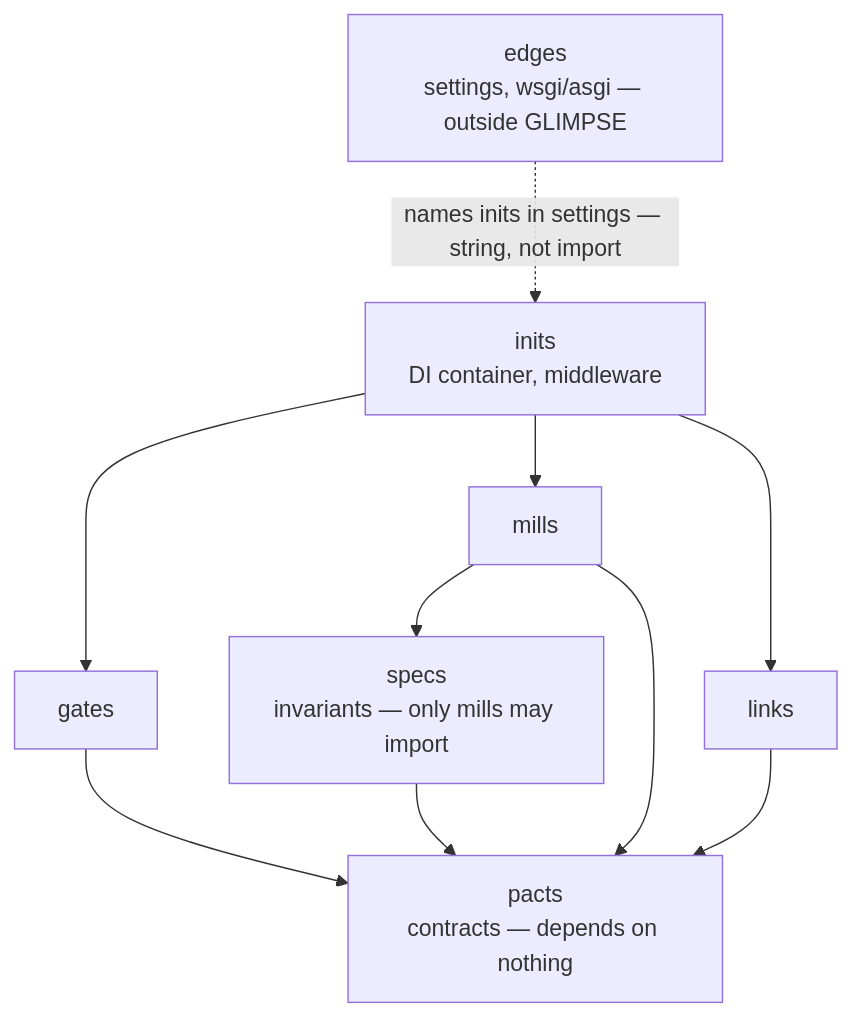
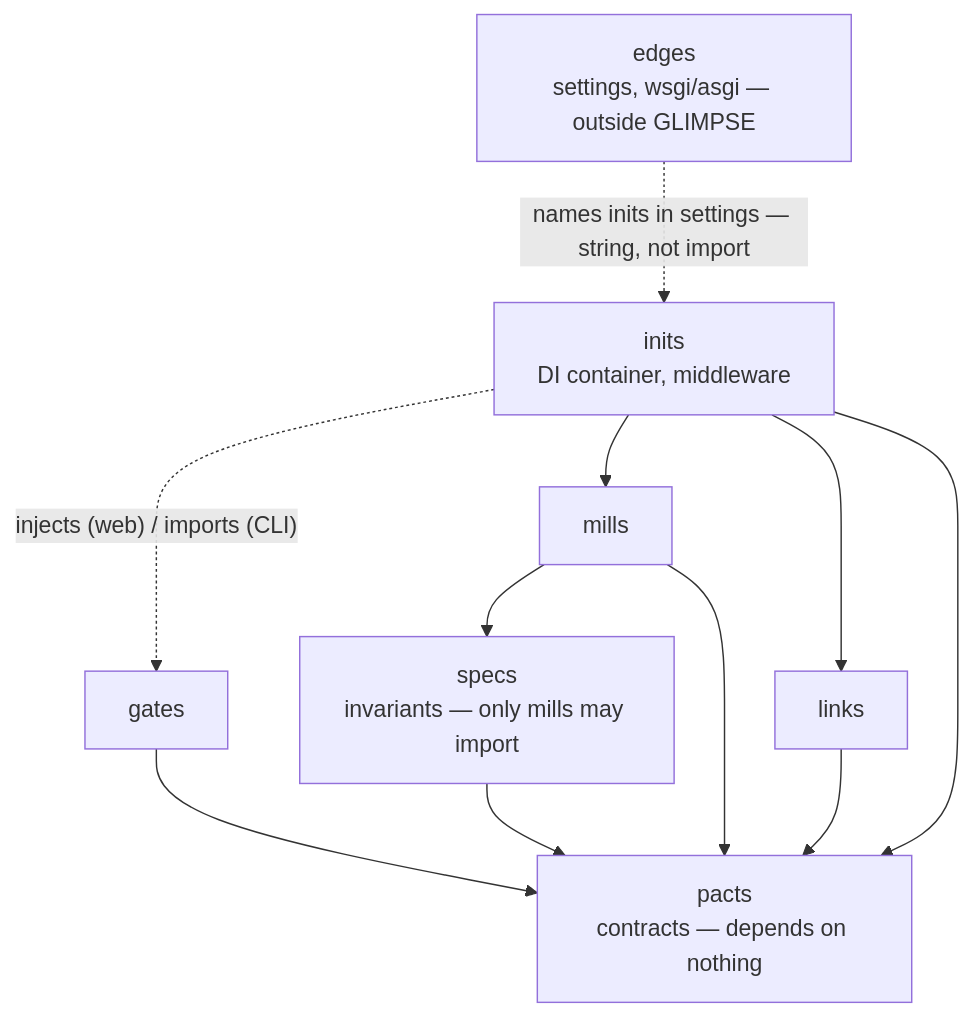
One commit to fancysnake/glimpse-architecture changed the diagram in docs/layers/index.md. Above: the diagram before and after it, drawn with Mermaid. The commit also changed other lines of this file and 2 other files, not shown here.

Commit message:
chore: act on the review triage

````diff
--- a/docs/layers/index.md
+++ b/docs/layers/index.md
@@ -9,11 +9,12 @@
 ```mermaid
 flowchart TD
     edges["edges<br/>settings, wsgi/asgi — outside GLIMPSE"]
     inits["inits<br/>DI container, middleware"]
     specs["specs<br/>invariants — only mills may import"]
     pacts["pacts<br/>contracts — depends on nothing"]
     edges -. "names inits in settings — string, not import" .-> inits
-    inits --> gates & mills & links
+    inits -. "injects (web) / imports (CLI)" .-> gates
+    inits --> mills & links
     mills --> specs
-    gates & mills & links & specs --> pacts
+    gates & mills & links & specs & inits --> pacts
 ```
````
